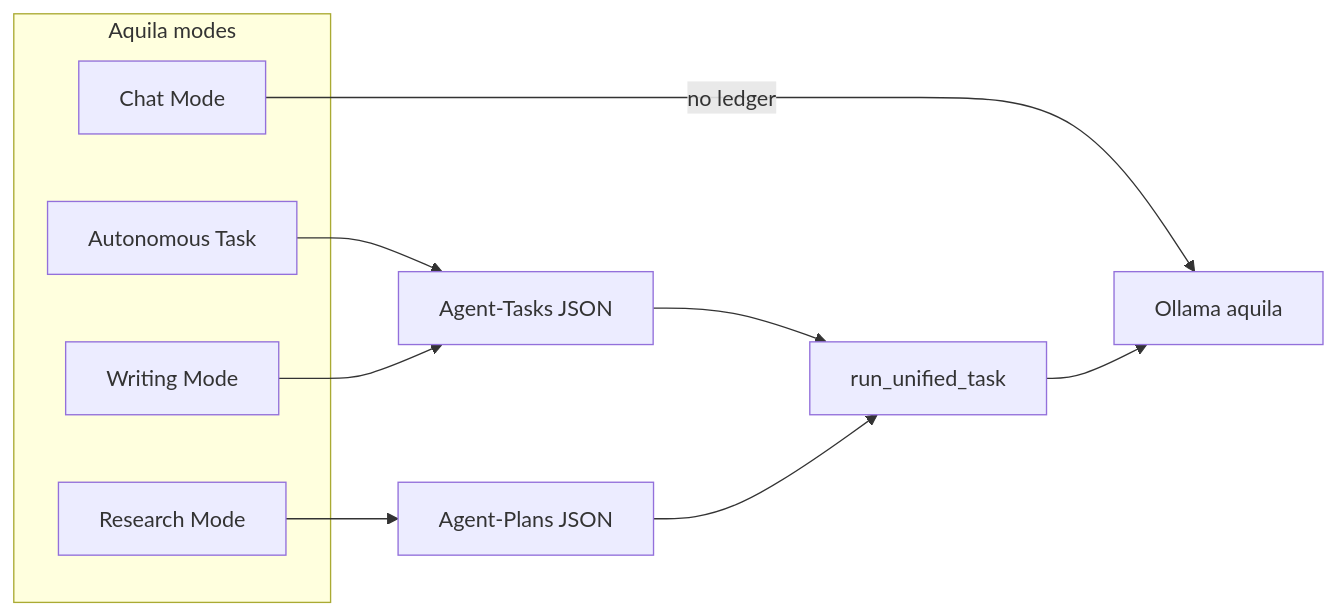
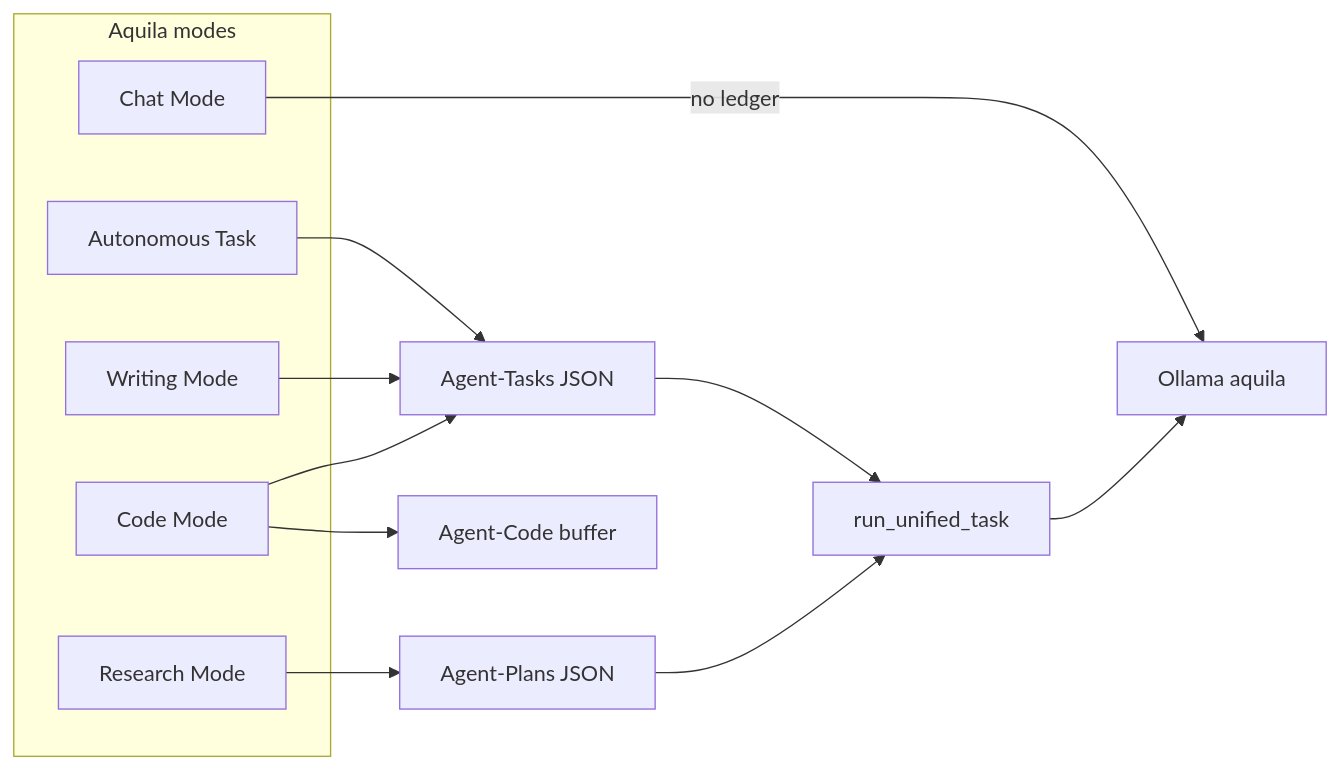
Before and after one commit to Xydra01/AquilaAI: the diagram in README.md, drawn with Mermaid. The commit also changed other lines of this file and 19 other files, not shown here.

````diff
--- a/README.md
+++ b/README.md
@@ -195,16 +195,19 @@
 ```mermaid
 flowchart LR
     subgraph modes [Aquila modes]
         Chat[Chat Mode]
         Task[Autonomous Task]
         Research[Research Mode]
         Writing[Writing Mode]
+        Code[Code Mode]
     end
     Chat -->|no ledger| Ollama[Ollama aquila]
     Task --> LedgerTasks[Agent-Tasks JSON]
     Research --> LedgerPlans[Agent-Plans JSON]
     Writing --> LedgerTasks
+    Code --> LedgerTasks
+    Code --> CodeBuf[Agent-Code buffer]
     LedgerTasks --> Loop[run_unified_task]
     LedgerPlans --> Loop
     Loop --> Ollama
 ```
````
